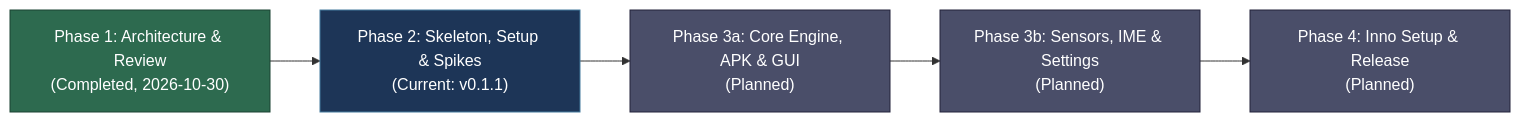
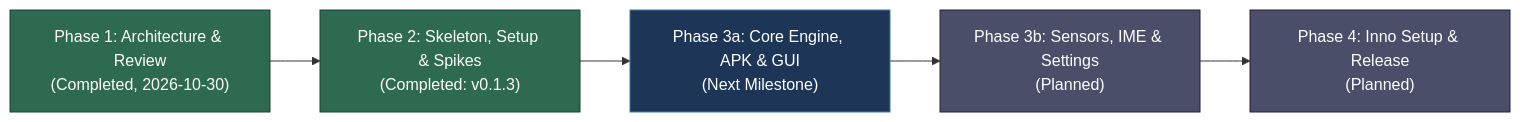
Before and after one commit to OrcusExtreme/Orcus_APK_Emulator: the diagram in README.md, drawn with Mermaid. The commit also changed other lines of this file and 49 other files, not shown here.

````diff
--- a/README.md
+++ b/README.md
@@ -85,12 +86,12 @@
 ```mermaid
 flowchart LR
-    A["Phase 1: Architecture & Review<br/>(Completed, 2026-10-30)"] --> B["Phase 2: Skeleton, Setup & Spikes<br/>(Current: v0.1.1)"]
-    B --> C["Phase 3a: Core Engine, APK & GUI<br/>(Planned)"]
+    A["Phase 1: Architecture & Review<br/>(Completed, 2026-10-30)"] --> B["Phase 2: Skeleton, Setup & Spikes<br/>(Completed: v0.1.3)"]
+    B --> C["Phase 3a: Core Engine, APK & GUI<br/>(Next Milestone)"]
     C --> D["Phase 3b: Sensors, IME & Settings<br/>(Planned)"]
     D --> E["Phase 4: Inno Setup & Release<br/>(Planned)"]
     style A fill:#2d6a4f,stroke:#1b4332,color:#fff
-    style B fill:#1d3557,stroke:#457b9d,color:#fff
-    style C fill:#4a4e69,stroke:#22223b,color:#fff
+    style B fill:#2d6a4f,stroke:#1b4332,color:#fff
+    style C fill:#1d3557,stroke:#457b9d,color:#fff
     style D fill:#4a4e69,stroke:#22223b,color:#fff
     style E fill:#4a4e69,stroke:#22223b,color:#fff
 ```
````
